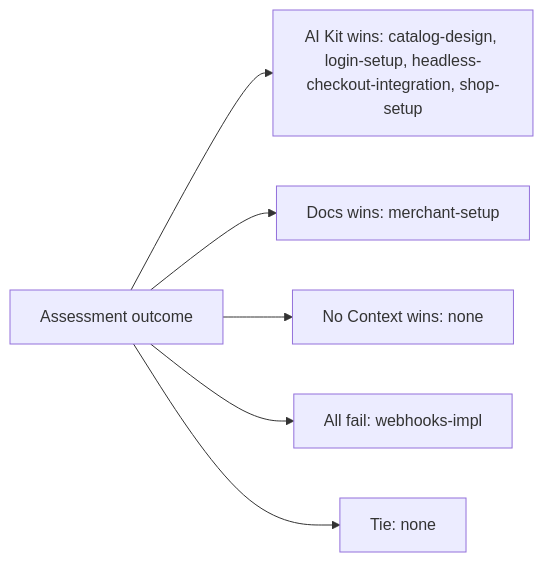
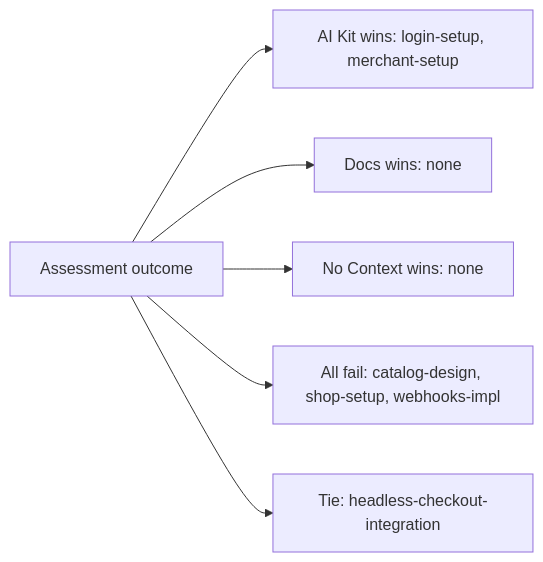
Before and after one commit to apyanzin-xsolla/ai-kit-eval-dashboard: the fourth of 4 diagrams in README.md, drawn with Mermaid. The commit also changed other lines of this file and 3 other files, not shown here.

````diff
--- a/README.md
+++ b/README.md
@@ -190,9 +188,9 @@
 ```mermaid
 flowchart LR
   A[Assessment outcome]
-  A --> N1["AI Kit wins: catalog-design, login-setup, headless-checkout-integration, shop-setup"]
-  A --> N2["Docs wins: merchant-setup"]
+  A --> N1["AI Kit wins: login-setup, merchant-setup"]
+  A --> N2["Docs wins: none"]
   A --> N3["No Context wins: none"]
-  A --> N4["All fail: webhooks-impl"]
-  A --> N5["Tie: none"]
+  A --> N4["All fail: catalog-design, shop-setup, webhooks-impl"]
+  A --> N5["Tie: headless-checkout-integration"]
 ```
````
